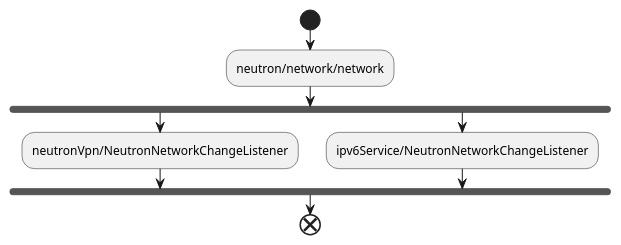
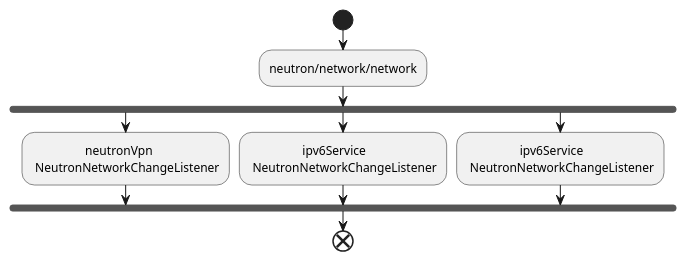
The first of 2 diagrams in 框架/odl/netvirt/网络.md (jiangwei618/vuepress-them-from-reco), drawn with PlantUML before and after one commit.

Commit message:
添加

````diff
--- a/框架/odl/netvirt/网络.md
+++ b/框架/odl/netvirt/网络.md
@@ -7,14 +7,16 @@
 ```plantuml
 @startuml
 start
     :neutron/network/network;
     fork
-        :neutronVpn/NeutronNetworkChangeListener;
+        :                 neutronVpn \n NeutronNetworkChangeListener;
     fork again
-        :ipv6Service/NeutronNetworkChangeListener;
+        :                 ipv6Service \n NeutronNetworkChangeListener;
+    fork again
+        :                 ipv6Service \n NeutronNetworkChangeListener;
     end fork
 end
 
 @enduml
 
 ```
````
